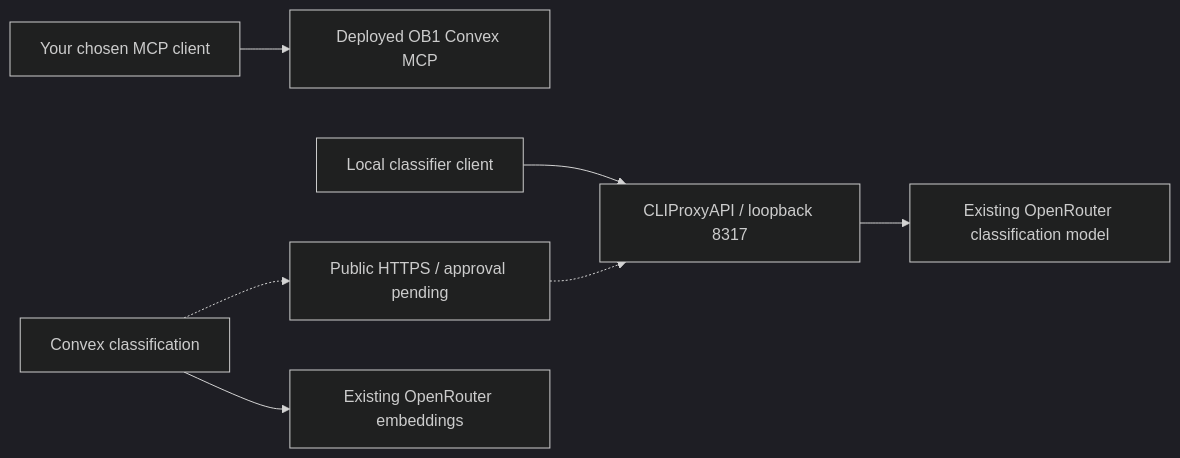
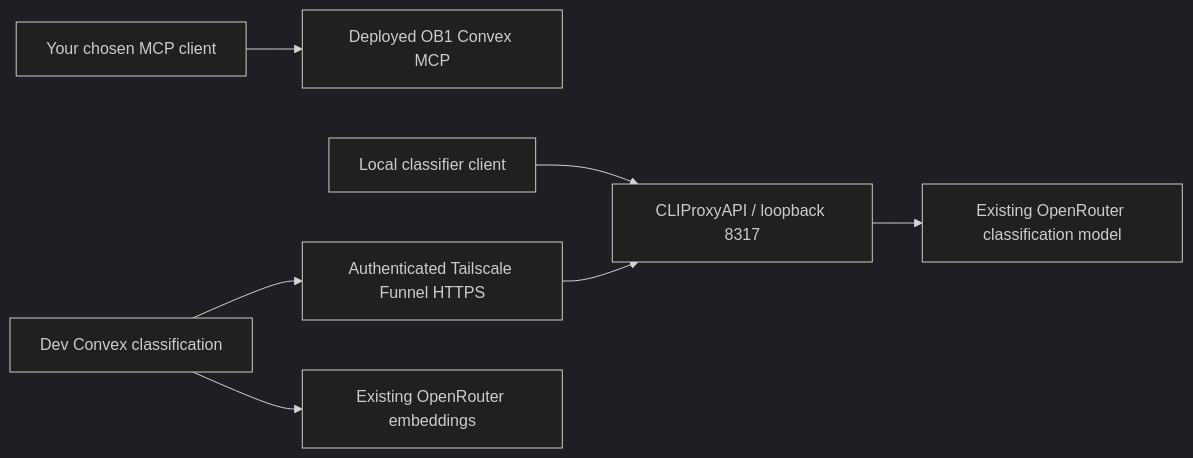
Before and after one commit to michft/OpenBrain1: the diagram in docs/ob1-standalone-setup.md, drawn with Mermaid (dark theme). The commit also changed other lines of this file and 3 other files, not shown here.

Commit message:
Connect development Convex classification through verified HTTPS proxy

````diff
--- a/docs/ob1-standalone-setup.md
+++ b/docs/ob1-standalone-setup.md
@@ -3,9 +3,9 @@
 ```mermaid
 flowchart LR
   Client[Your chosen MCP client] --> MCP[Deployed OB1 Convex MCP]
   Local[Local classifier client] --> Proxy[CLIProxyAPI / loopback 8317]
   Proxy --> OR[Existing OpenRouter classification model]
-  Convex[Convex classification] -.-> HTTPS[Public HTTPS / approval pending]
-  HTTPS -.-> Proxy
+  Convex[Dev Convex classification] --> HTTPS[Authenticated Tailscale Funnel HTTPS]
+  HTTPS --> Proxy
   Convex --> Embeddings[Existing OpenRouter embeddings]
 ```
````
